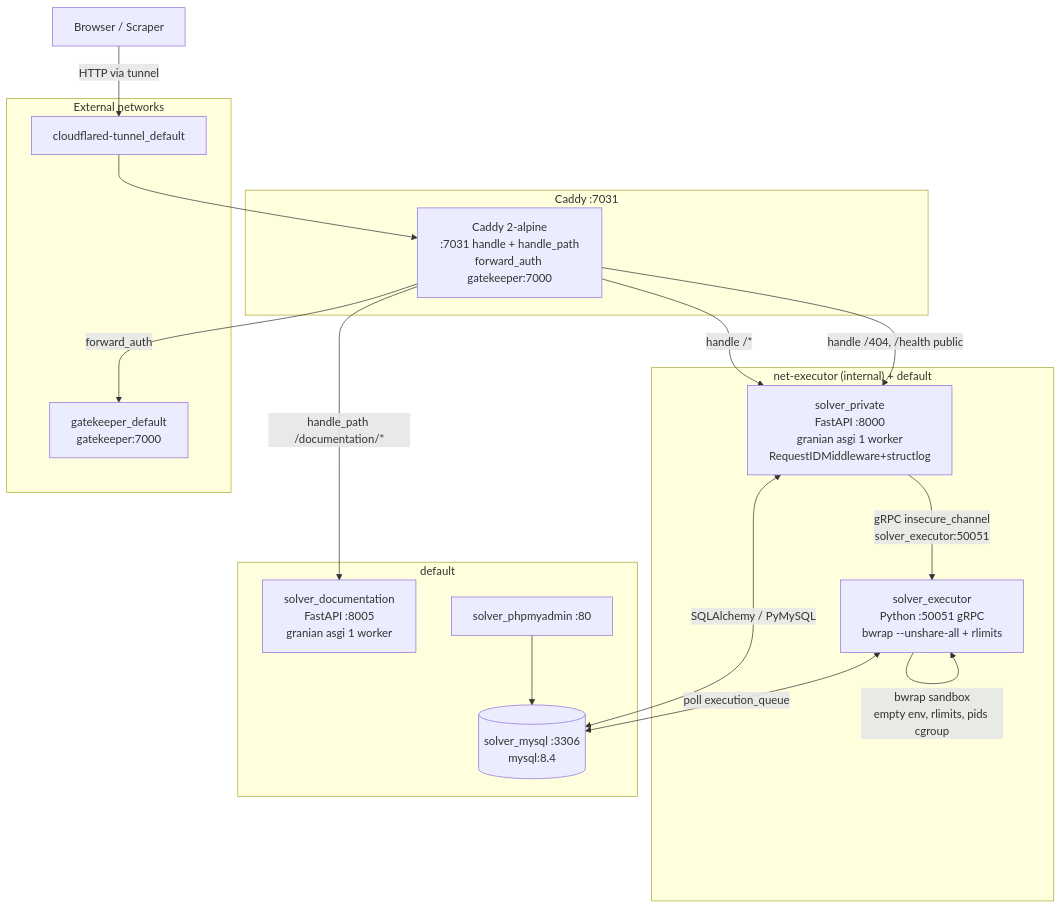
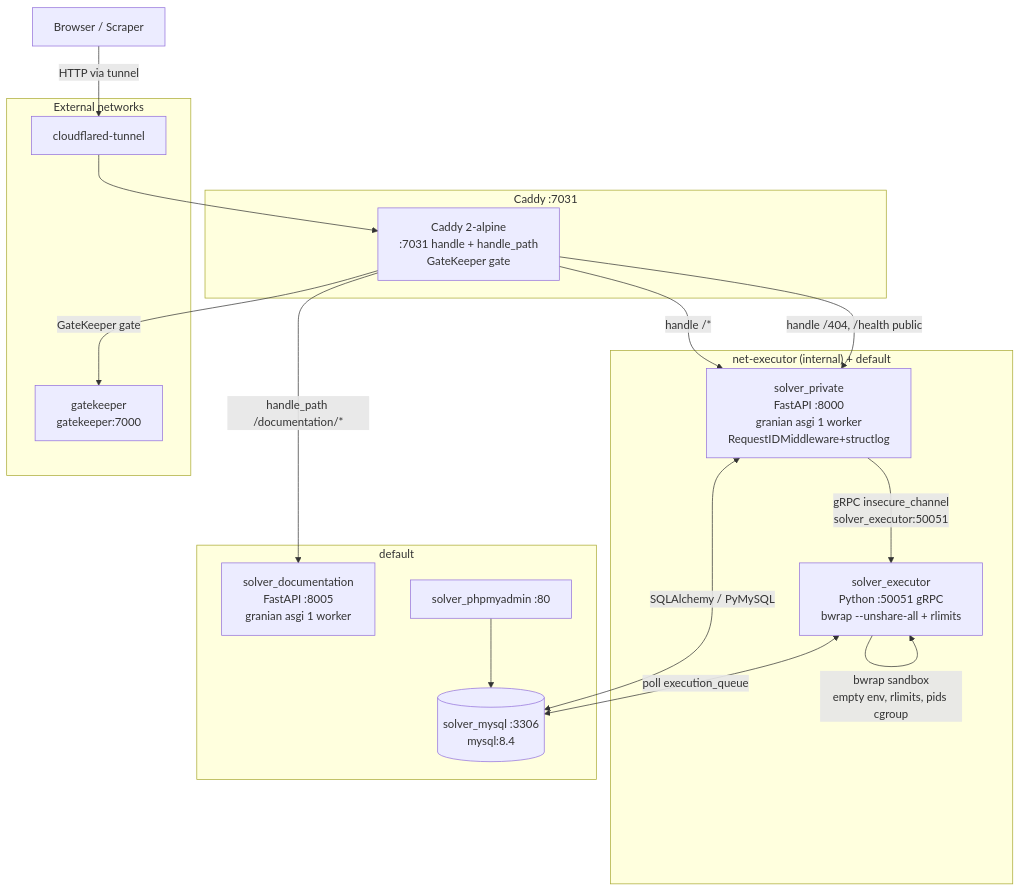
The diagram in documentation/docs/architecture.md (NovaProtocol/PracticeForge), drawn with Mermaid before and after one commit. The commit also changed other lines of this file and 14 other files, not shown here.

````diff
--- a/documentation/docs/architecture.md
+++ b/documentation/docs/architecture.md
@@ -7,37 +7,37 @@
 ```mermaid
 graph TB
-    U["Browser / Scraper"]
+ U["Browser / Scraper"]
 
-    subgraph "Caddy :7031"
-        CADDY["Caddy 2-alpine<br/>:7031 handle + handle_path<br/>forward_auth gatekeeper:7000"]
-    end
+ subgraph "Caddy :7031"
+ CADDY["Caddy 2-alpine<br/>:7031 handle + handle_path<br/>GateKeeper gate"]
+ end
 
-    subgraph "net-executor (internal) + default"
-        SOLVER["solver_private<br/>FastAPI :8000<br/>granian asgi 1 worker<br/>RequestIDMiddleware+structlog"]
-        EXEC["solver_executor<br/>Python :50051 gRPC<br/>bwrap --unshare-all + rlimits"]
-    end
+ subgraph "net-executor (internal) + default"
+ SOLVER["solver_private<br/>FastAPI :8000<br/>granian asgi 1 worker<br/>RequestIDMiddleware+structlog"]
+ EXEC["solver_executor<br/>Python :50051 gRPC<br/>bwrap --unshare-all + rlimits"]
+ end
 
-    subgraph "default"
-        DOCS["solver_documentation<br/>FastAPI :8005<br/>granian asgi 1 worker"]
-        DB[("solver_mysql :3306<br/>mysql:8.4")]
-        PMA["solver_phpmyadmin :80"]
-    end
+ subgraph "default"
+ DOCS["solver_documentation<br/>FastAPI :8005<br/>granian asgi 1 worker"]
+ DB[("solver_mysql :3306<br/>mysql:8.4")]
+ PMA["solver_phpmyadmin :80"]
+ end
 
-    subgraph "External networks"
-        GK["gatekeeper_default<br/>gatekeeper:7000"]
-        TUN["cloudflared-tunnel_default"]
-    end
+ subgraph "External networks"
+ GK["gatekeeper<br/>gatekeeper:7000"]
+ TUN["cloudflared-tunnel"]
+ end
 
-    U -->|"HTTP via tunnel"| TUN
-    TUN --> CADDY
-    CADDY -->|"forward_auth"| GK
-    CADDY -->|"handle /*"| SOLVER
-    CADDY -->|"handle_path /documentation/*"| DOCS
-    CADDY -->|"handle /404, /health public"| SOLVER
+ U -->|"HTTP via tunnel"| TUN
+ TUN --> CADDY
+ CADDY -->|"GateKeeper gate"| GK
+ CADDY -->|"handle /*"| SOLVER
+ CADDY -->|"handle_path /documentation/*"| DOCS
+ CADDY -->|"handle /404, /health public"| SOLVER
 
-    SOLVER -->|"gRPC insecure_channel<br/>solver_executor:50051"| EXEC
-    SOLVER <-->|"SQLAlchemy / PyMySQL"| DB
-    EXEC <-->|"poll execution_queue"| DB
-    EXEC -->|"bwrap sandbox<br/>empty env, rlimits, pids cgroup"| EXEC
-    PMA --> DB
+ SOLVER -->|"gRPC insecure_channel<br/>solver_executor:50051"| EXEC
+ SOLVER <-->|"SQLAlchemy / PyMySQL"| DB
+ EXEC <-->|"poll execution_queue"| DB
+ EXEC -->|"bwrap sandbox<br/>empty env, rlimits, pids cgroup"| EXEC
+ PMA --> DB
 ```
````
